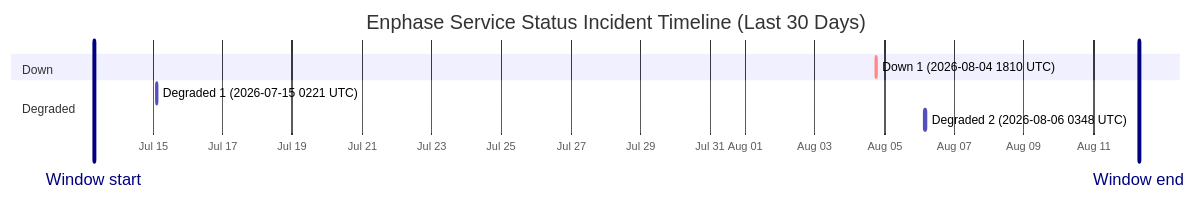
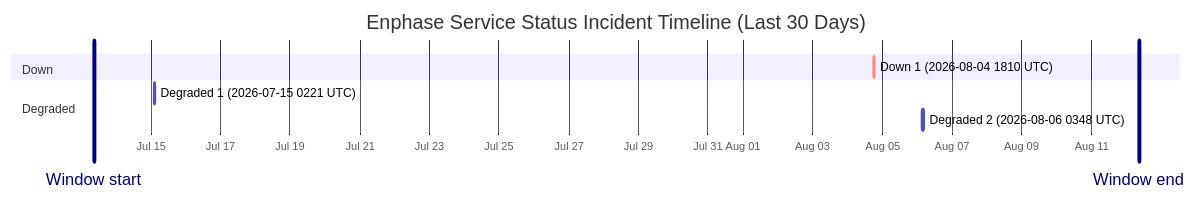
One commit to barneyonline/ha-enphase-energy changed the diagram in wiki/Service-Status-History.md. Above: the diagram before and after it, drawn with Mermaid. The commit also changed other lines of this file and 3 other files, not shown here.

````diff
--- a/wiki/Service-Status-History.md
+++ b/wiki/Service-Status-History.md
@@ -14,13 +14,13 @@
 ```mermaid
 gantt
     title Enphase Service Status Incident Timeline (Last 30 Days)
     dateFormat  YYYY-MM-DDTHH:mm:ss
     axisFormat  %b %d
-    Window start :vert, window-start, 2026-07-13T07:21:35, 0ms
-    Window end :vert, window-end, 2026-08-12T07:21:35, 0ms
+    Window start :vert, window-start, 2026-07-13T08:46:38, 0ms
+    Window end :vert, window-end, 2026-08-12T08:46:38, 0ms
     section Down
     Down 1 (2026-08-04 1810 UTC) :crit, down-1, 2026-08-04T18:10:46, 60m
     section Degraded
     Degraded 1 (2026-07-15 0221 UTC) :active, degraded-1, 2026-07-15T02:21:35, 60m
     Degraded 2 (2026-08-06 0348 UTC) :active, degraded-2, 2026-08-06T03:48:14, 60m
 ```
````
